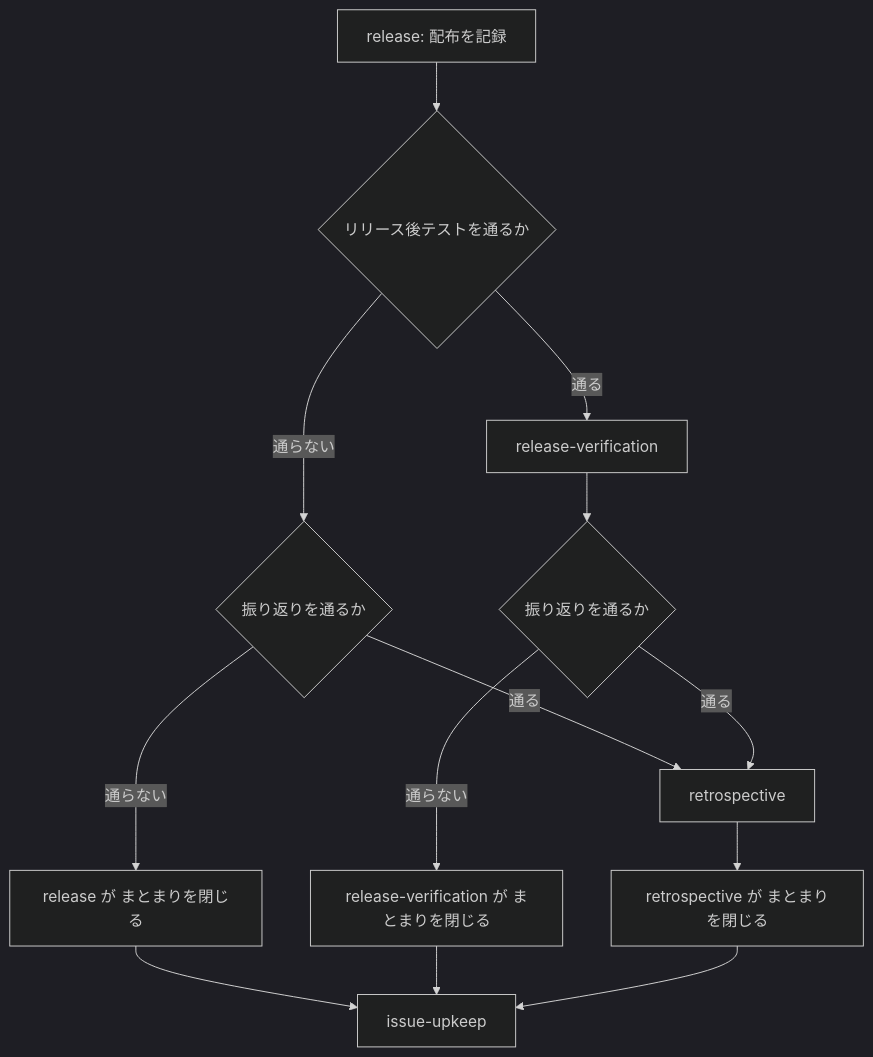
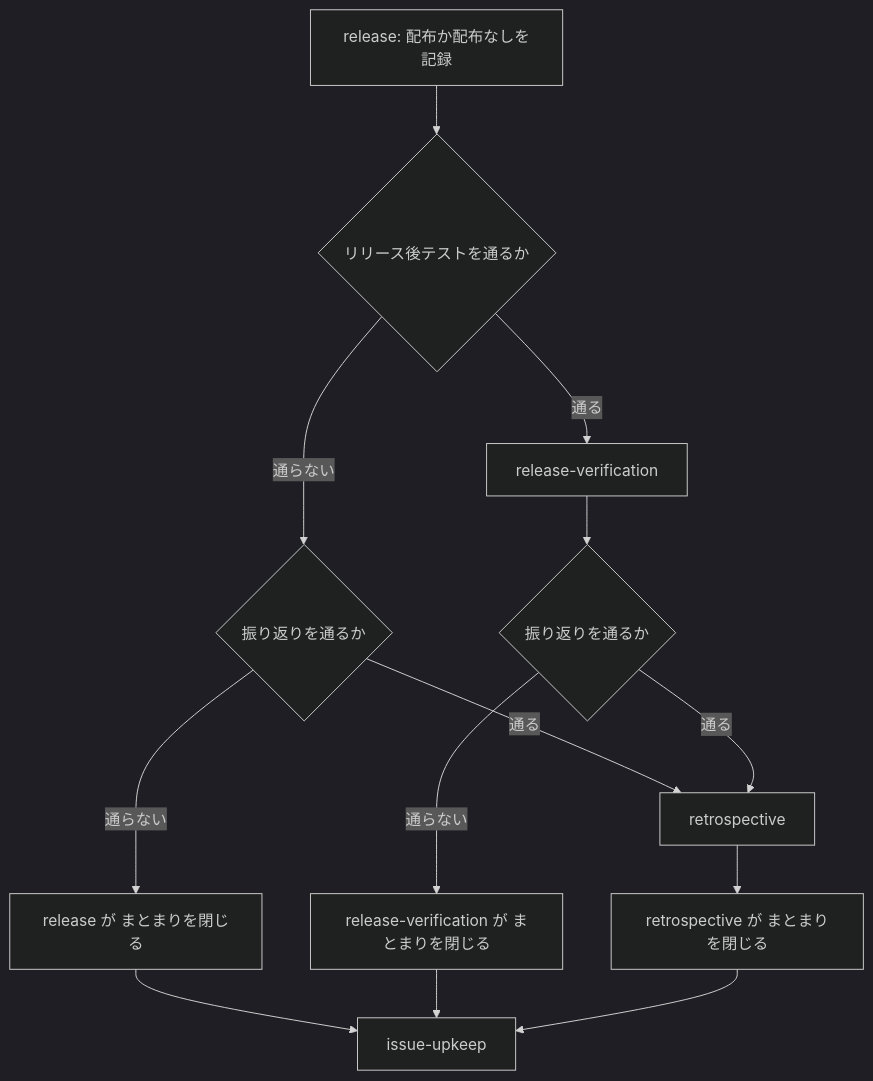
One commit to devbasex/ai-plugins changed the fifth of 5 diagrams in issues/issue-561-623-design.md. Above: the diagram before and after it, drawn with Mermaid (dark theme). The commit also changed other lines of this file and 2 other files, not shown here.

````diff
--- a/issues/issue-561-623-design.md
+++ b/issues/issue-561-623-design.md
@@ -387,15 +389,15 @@
 ```mermaid
 graph TD
-  RL[release: 配布を記録] --> Q1{リリース後テストを通るか}
+  RL[release: 配布か配布なしを記録] --> Q1{リリース後テストを通るか}
   Q1 -->|通る| RV[release-verification]
   Q1 -->|通らない| Q2{振り返りを通るか}
   RV --> Q3{振り返りを通るか}
   Q2 -->|通る| RT[retrospective]
   Q3 -->|通る| RT
   Q2 -->|通らない| C1[release が まとまりを閉じる]
   Q3 -->|通らない| C2[release-verification が まとまりを閉じる]
   RT --> C3[retrospective が まとまりを閉じる]
   C1 --> UP[issue-upkeep]
   C2 --> UP
   C3 --> UP
 ```
````
